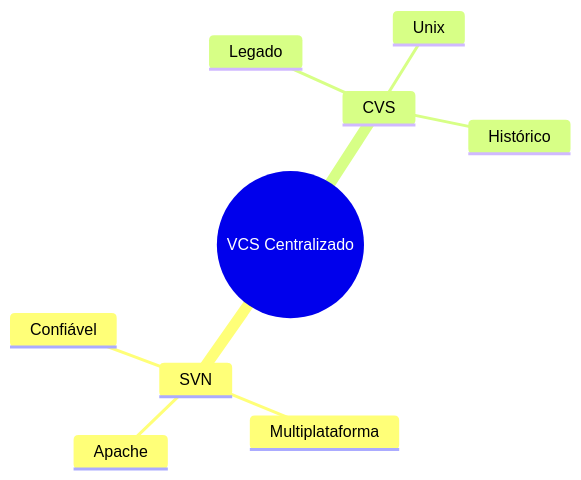
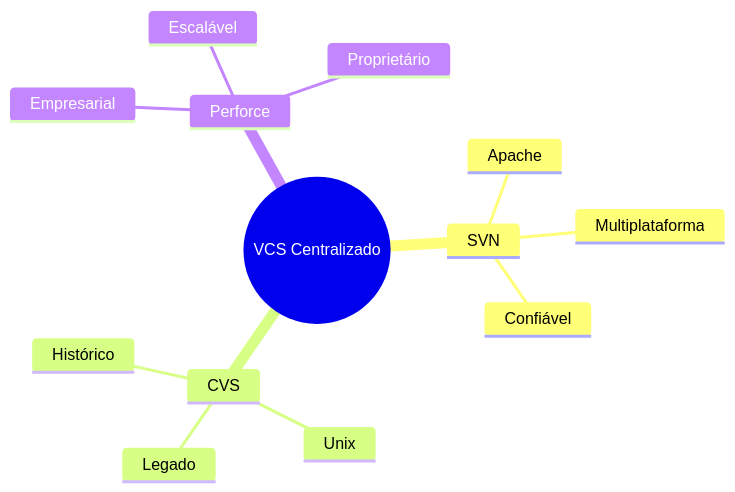
The fifth of 10 diagrams in Writerside/topics/centralized-version-control.md (mrpunkdasilva/learn-version-control-system), drawn with Mermaid before and after one commit. The commit also changed other lines of this file and 3 other files, not shown here.

````diff
--- a/Writerside/topics/centralized-version-control.md
+++ b/Writerside/topics/centralized-version-control.md
@@ -46,12 +109,16 @@
 ```mermaid
 mindmap
     root((VCS Centralizado))
         SVN
             Apache
             Multiplataforma
             Confiável
         CVS
             Legado
             Unix
             Histórico
+        Perforce
+            Empresarial
+            Escalável
+            Proprietário
 ```
````
